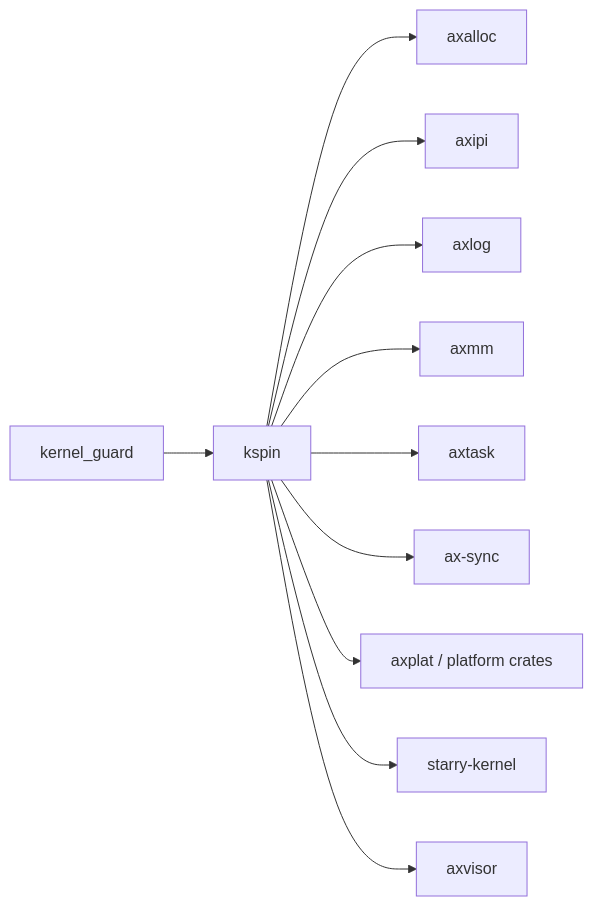
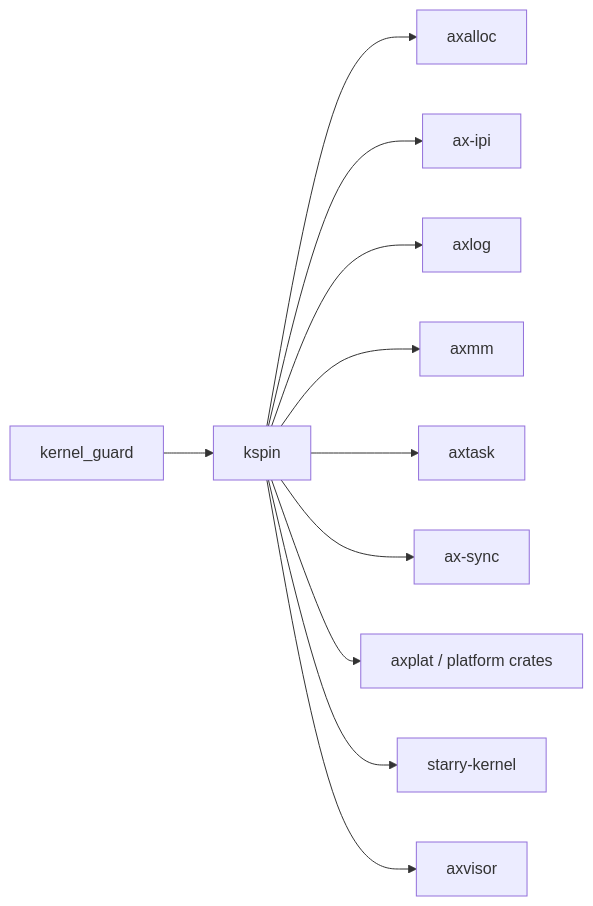
One commit to zKurisu/tgoskits changed the diagram in docs/crates/kspin.md. Above: the diagram before and after it, drawn with Mermaid. The commit also changed other lines of this file and 23 other files, not shown here.

Commit message:
rename axipi to ax-ipi

````diff
--- a/docs/crates/kspin.md
+++ b/docs/crates/kspin.md
@@ -61,14 +61,14 @@
 ```mermaid
 graph LR
     kernel_guard["kernel_guard"] --> kspin["kspin"]
 
     kspin --> axalloc["axalloc"]
-    kspin --> axipi["axipi"]
+    kspin --> ax-ipi["ax-ipi"]
     kspin --> axlog["axlog"]
     kspin --> axmm["axmm"]
     kspin --> axtask["axtask"]
     kspin --> ax-sync["ax-sync"]
     kspin --> axplat["axplat / platform crates"]
     kspin --> starry["starry-kernel"]
     kspin --> axvisor["axvisor"]
 ```
````
